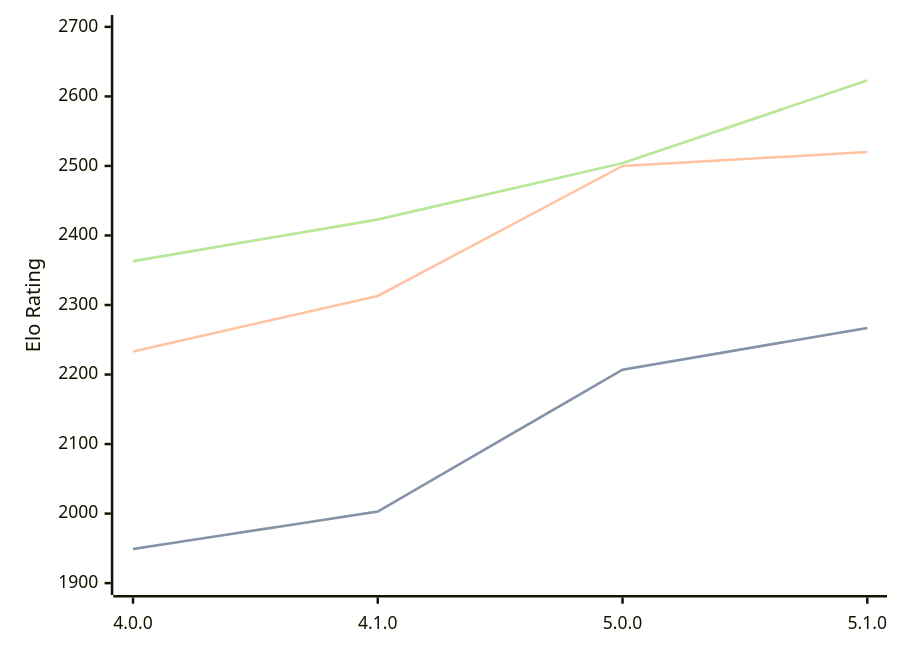
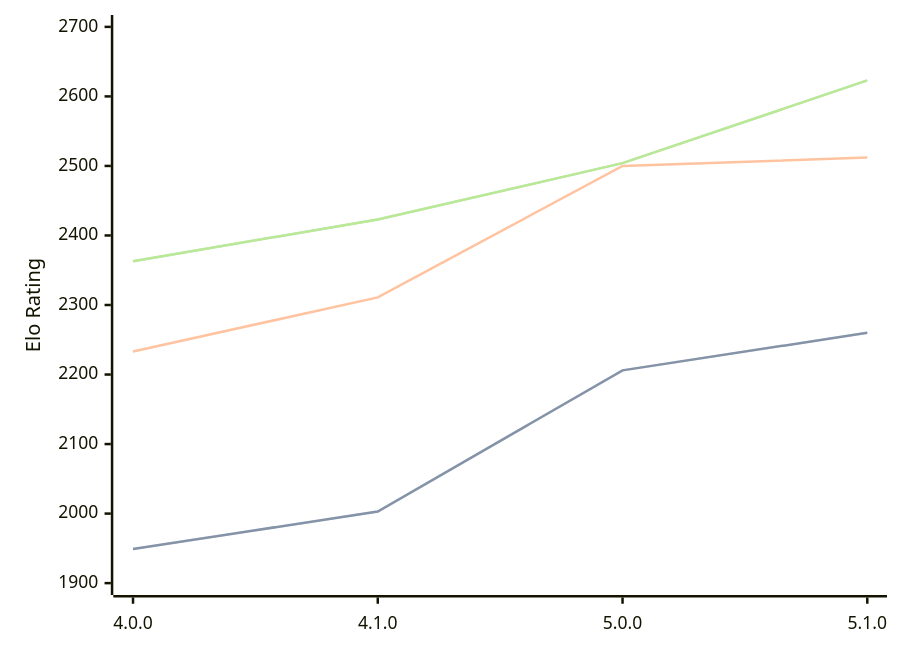
The diagram in engines/Aconcagua.md (computer-chess-index/cci), drawn with Mermaid before and after one commit. The commit also changed other lines of this file, not shown here.

````diff
--- a/engines/Aconcagua.md
+++ b/engines/Aconcagua.md
@@ -41,11 +41,11 @@
 ```mermaid
 %%{init: {"theme":"base","themeVariables":{"seriesColors:['#a3a3a3','#222221','#faa371']}}}%%
 xychart-beta
   x-axis ["4.0.0", "4.1.0", "5.0.0", "5.1.0"]
   y-axis "Elo Rating" 1900 --> 2700
-  line "STC (8.0+0.08s)" [1949, 2003, 2207, 2267]
-  line "STC (8.0+0.08s)" [1949, 2003, 2207, 2267]
-  line "LTC (60.0+0.60s)" [2233, 2313, 2500, 2520]
+  line "STC (8.0+0.08s)" [1949, 2003, 2206, 2260]
+  line "STC (8.0+0.08s)" [1949, 2003, 2206, 2260]
+  line "LTC (60.0+0.60s)" [2233, 2311, 2500, 2512]
   line "VLTC (2m24s+1.12s)" [2363, 2423, 2504, 2623]
   line "VLTC (2m24s+1.12s)" [2363, 2423, 2504, 2623]
 ```
````
